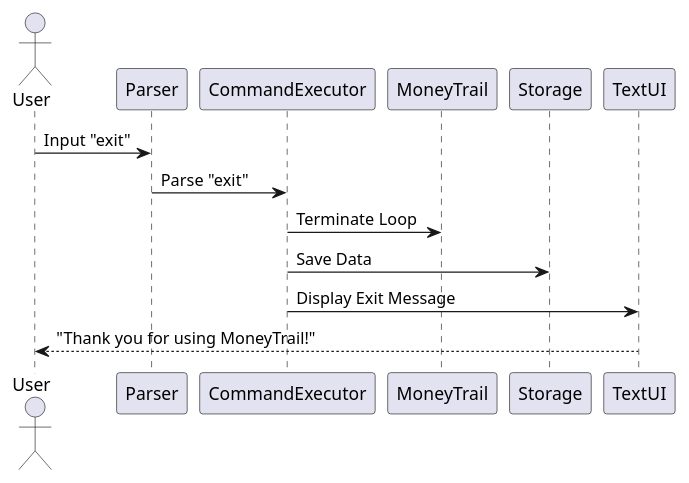
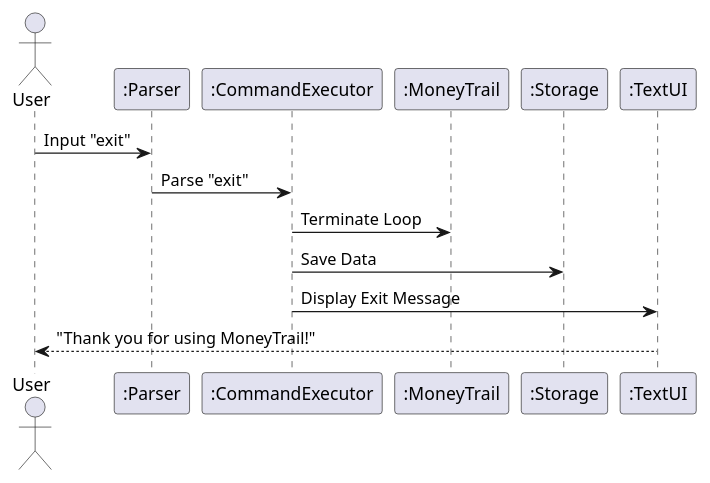
One commit to EdwinTun98/tp changed the diagram in docs/diagrams/Exit_Seq.puml. Above: the diagram before and after it, drawn with PlantUML. The commit also changed 30 other files, not shown here.

Commit message:
Added colons in front of entites in all sequence diagrams

```diff
--- a/docs/diagrams/Exit_Seq.puml
+++ b/docs/diagrams/Exit_Seq.puml
@@ -1,9 +1,15 @@
 @startuml
 actor User
+participant Parser as ":Parser"
+participant CommandExecutor as ":CommandExecutor"
+participant MoneyTrail as ":MoneyTrail"
+participant Storage as ":Storage"
+participant TextUI as ":TextUI"
+
 User -> Parser : Input "exit"
 Parser -> CommandExecutor : Parse "exit"
 CommandExecutor -> MoneyTrail : Terminate Loop
 CommandExecutor -> Storage : Save Data
 CommandExecutor -> TextUI : Display Exit Message
 User <-- TextUI : "Thank you for using MoneyTrail!"
 @enduml
```
